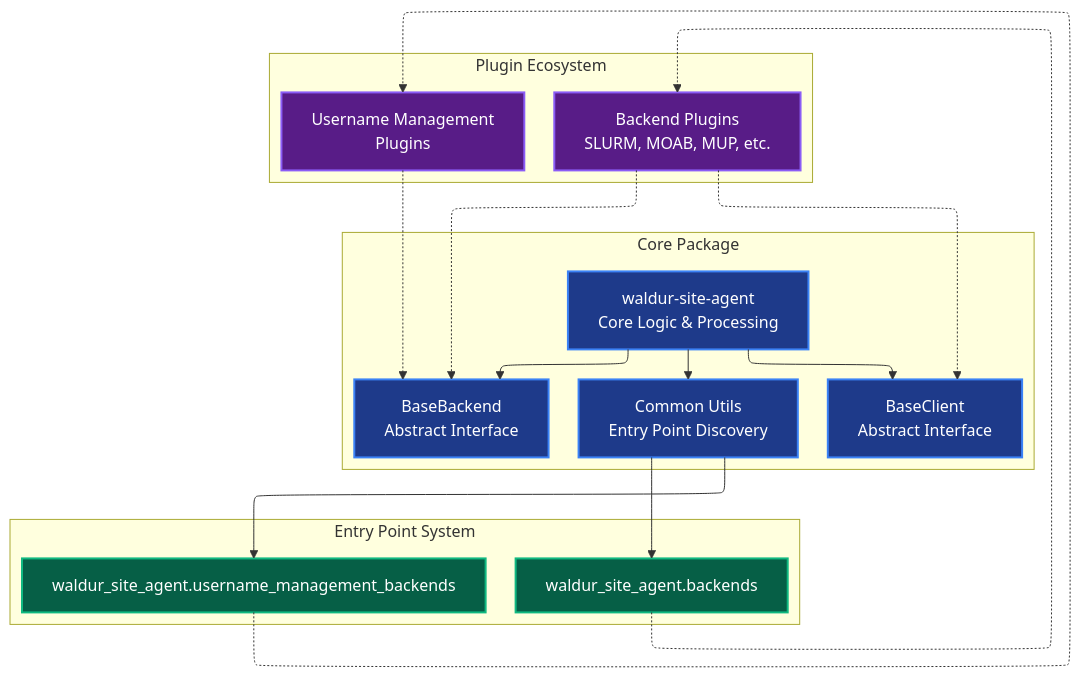
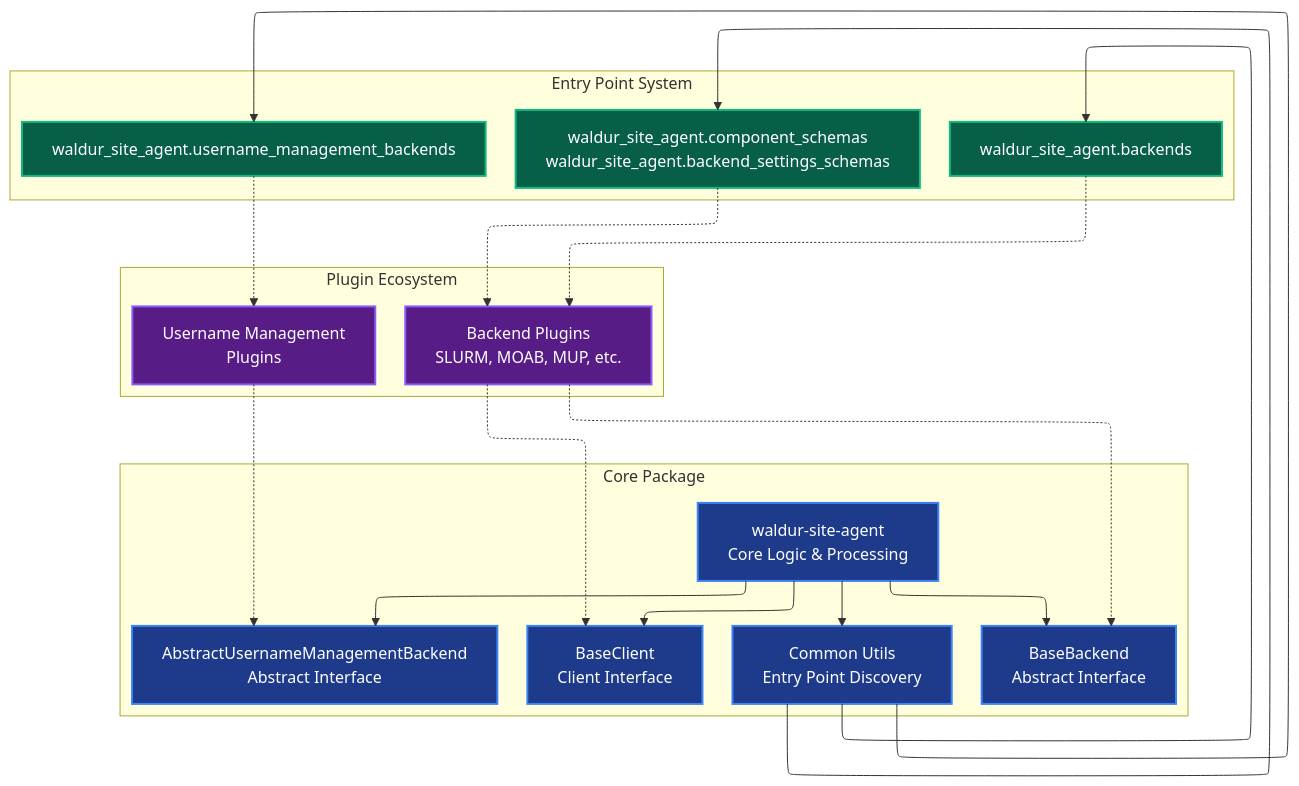
The first of 3 diagrams in docs/architecture.md (waldur/waldur-site-agent), drawn with Mermaid before and after one commit. The commit also changed other lines of this file and 6 other files, not shown here.

Commit message:
Bring core configuration and architecture docs in line with the code [#49]

````diff
--- a/docs/architecture.md
+++ b/docs/architecture.md
@@ -8,48 +8,53 @@
 ```mermaid
 ---
 config:
   layout: elk
 ---
 graph TB
     subgraph "Core Package"
         WA[waldur-site-agent<br/>Core Logic & Processing]
         BB[BaseBackend<br/>Abstract Interface]
-        BC[BaseClient<br/>Abstract Interface]
+        BC[BaseClient<br/>Client Interface]
+        UB[AbstractUsernameManagementBackend<br/>Abstract Interface]
         CU[Common Utils<br/>Entry Point Discovery]
     end
 
     subgraph "Plugin Ecosystem"
         PLUGINS[Backend Plugins<br/>SLURM, MOAB, MUP, etc.]
         UMANAGE[Username Management<br/>Plugins]
     end
 
     subgraph "Entry Point System"
         EP_BACKENDS[waldur_site_agent.backends]
         EP_USERNAME[waldur_site_agent.username_management_backends]
+        EP_SCHEMAS[waldur_site_agent.component_schemas<br/>waldur_site_agent.backend_settings_schemas]
     end
 
     %% Core dependencies
     WA --> BB
     WA --> BC
+    WA --> UB
     WA --> CU
 
     %% Plugin registration and discovery
     CU --> EP_BACKENDS
     CU --> EP_USERNAME
+    CU --> EP_SCHEMAS
     EP_BACKENDS -.-> PLUGINS
     EP_USERNAME -.-> UMANAGE
+    EP_SCHEMAS -.-> PLUGINS
 
     %% Plugin inheritance
     PLUGINS -.-> BB
     PLUGINS -.-> BC
-    UMANAGE -.-> BB
+    UMANAGE -.-> UB
 
     %% Styling - Dark mode compatible colors
     classDef corePackage fill:#1E3A8A,stroke:#3B82F6,stroke-width:2px,color:#FFFFFF
     classDef plugin fill:#581C87,stroke:#8B5CF6,stroke-width:2px,color:#FFFFFF
     classDef entrypoint fill:#065F46,stroke:#10B981,stroke-width:2px,color:#FFFFFF
 
-    class WA,BB,BC,CU corePackage
+    class WA,BB,BC,UB,CU corePackage
     class PLUGINS,UMANAGE plugin
-    class EP_BACKENDS,EP_USERNAME entrypoint
+    class EP_BACKENDS,EP_USERNAME,EP_SCHEMAS entrypoint
 ```
````
